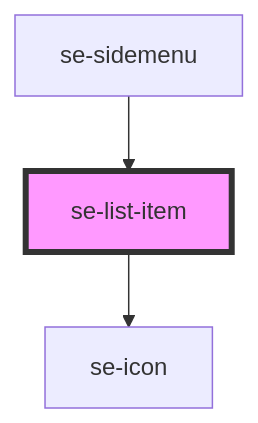
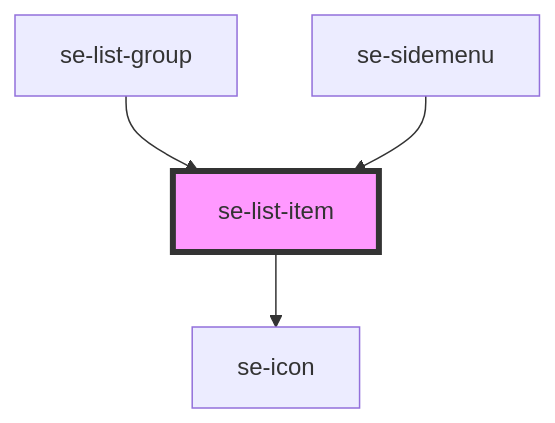
One commit to robbiemcmullense/se-web-ui changed the diagram in libs/core/src/components/list-item/readme.md. Above: the diagram before and after it, drawn with Mermaid. The commit also changed other lines of this file and 23 other files, not shown here.

````diff
--- a/libs/core/src/components/list-item/readme.md
+++ b/libs/core/src/components/list-item/readme.md
@@ -55,6 +81,7 @@
 ```mermaid
 graph TD;
   se-list-item --> se-icon
+  se-list-group --> se-list-item
   se-sidemenu --> se-list-item
   style se-list-item fill:#f9f,stroke:#333,stroke-width:4px
 ```
````
